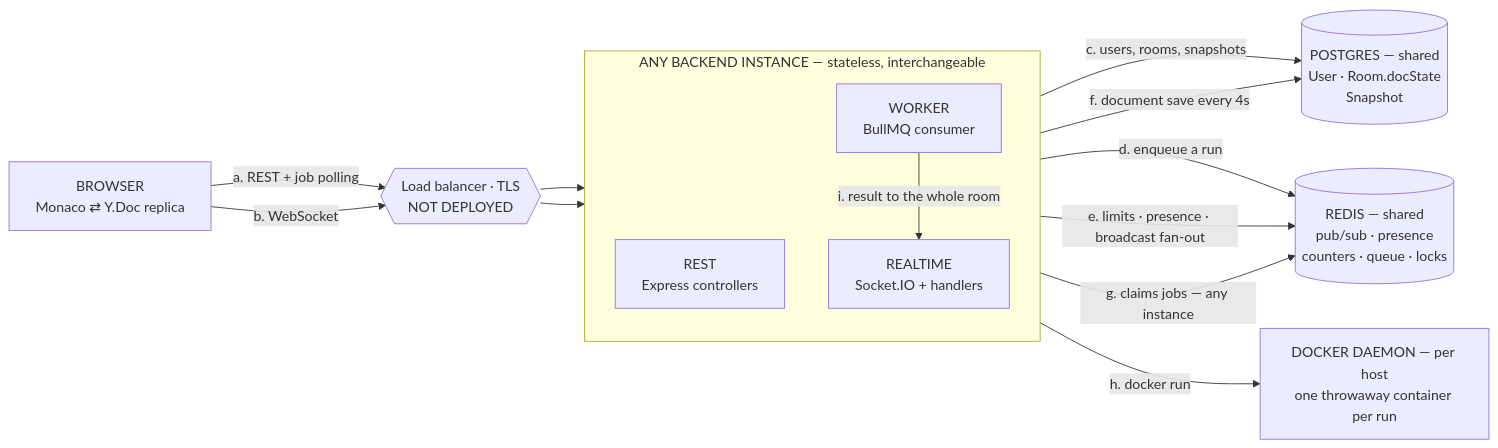
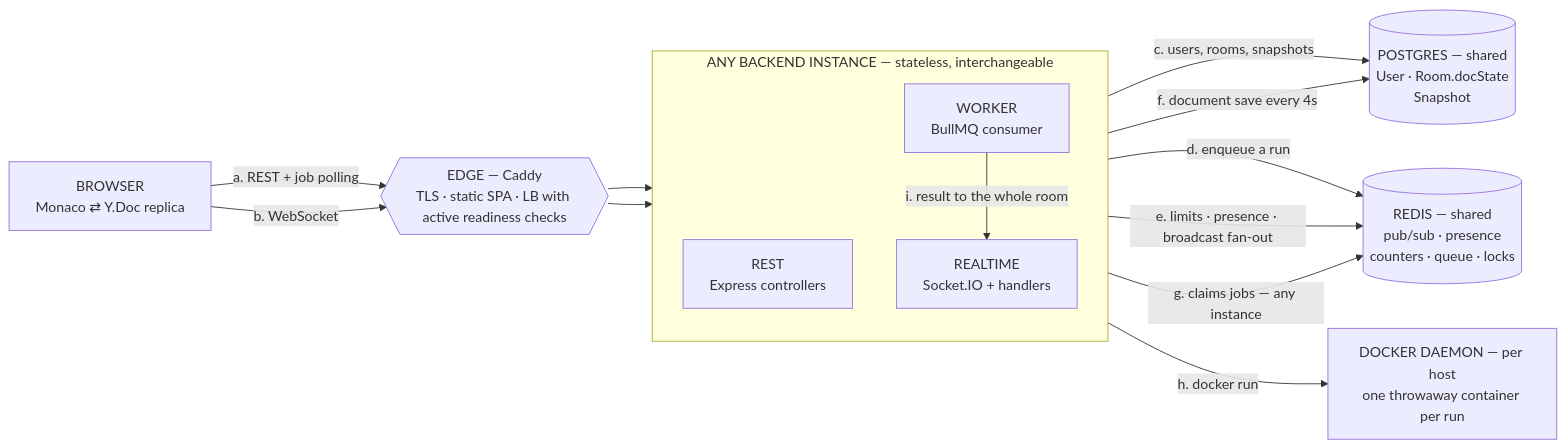
One commit to Parthgogia/CodeVerse changed the second of 10 diagrams in ARCHITECTURE.md. Above: the diagram before and after it, drawn with Mermaid. The commit also changed other lines of this file and 34 other files, not shown here.

Commit message:
load balancer, TLS, health checks

````diff
--- a/ARCHITECTURE.md
+++ b/ARCHITECTURE.md
@@ -77,30 +77,30 @@
 ```mermaid
 flowchart LR
     BR["BROWSER<br/>Monaco ⇄ Y.Doc replica"]
 
-    LB{{"Load balancer · TLS<br/>NOT DEPLOYED"}}
+    LB{{"EDGE — Caddy<br/>TLS · static SPA · LB with active readiness checks"}}
 
     subgraph BE["ANY BACKEND INSTANCE — stateless, interchangeable"]
         direction TB
         REST["REST<br/>Express controllers"]
         WS["REALTIME<br/>Socket.IO + handlers"]
         WRK["WORKER<br/>BullMQ consumer"]
     end
 
     RD[("REDIS — shared<br/>pub/sub · presence<br/>counters · queue · locks")]
     PG[("POSTGRES — shared<br/>User · Room.docState<br/>Snapshot")]
     DK["DOCKER DAEMON — per host<br/>one throwaway container per run"]
 
     BR -->|"a. REST + job polling"| LB
     BR -->|"b. WebSocket"| LB
     LB --> REST
     LB --> WS
 
     REST -->|"c. users, rooms, snapshots"| PG
     REST -->|"d. enqueue a run"| RD
     WS   -->|"e. limits · presence · broadcast fan-out"| RD
     WS   -->|"f. document save every 4s"| PG
     WRK  -->|"g. claims jobs — any instance"| RD
     WRK  -->|"h. docker run"| DK
     WRK  -->|"i. result to the whole room"| WS
 ```
````
